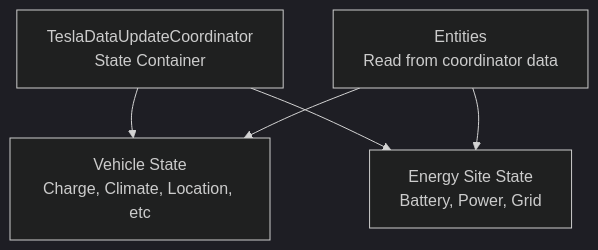
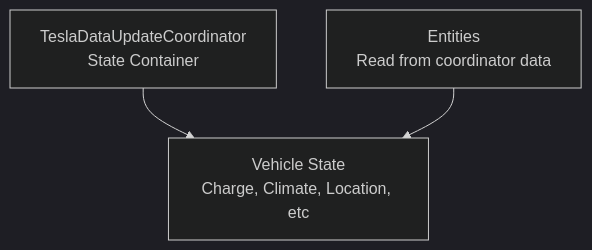
The diagram in docs/data_models.md (grzesiek1711/tesla), drawn with Mermaid (dark theme) before and after one commit. The commit also changed other lines of this file and 31 other files, not shown here.

````diff
--- a/docs/data_models.md
+++ b/docs/data_models.md
@@ -5,14 +5,11 @@
 ```mermaid
 graph TB
     Coordinator["TeslaDataUpdateCoordinator<br/>State Container"]
 
     Vehicles["Vehicle State<br/>Charge, Climate, Location, etc"]
-    Sites["Energy Site State<br/>Battery, Power, Grid"]
 
     Coordinator --> Vehicles
-    Coordinator --> Sites
 
     Entities["Entities<br/>Read from coordinator data"]
     Entities --> Vehicles
-    Entities --> Sites
 ```
````
